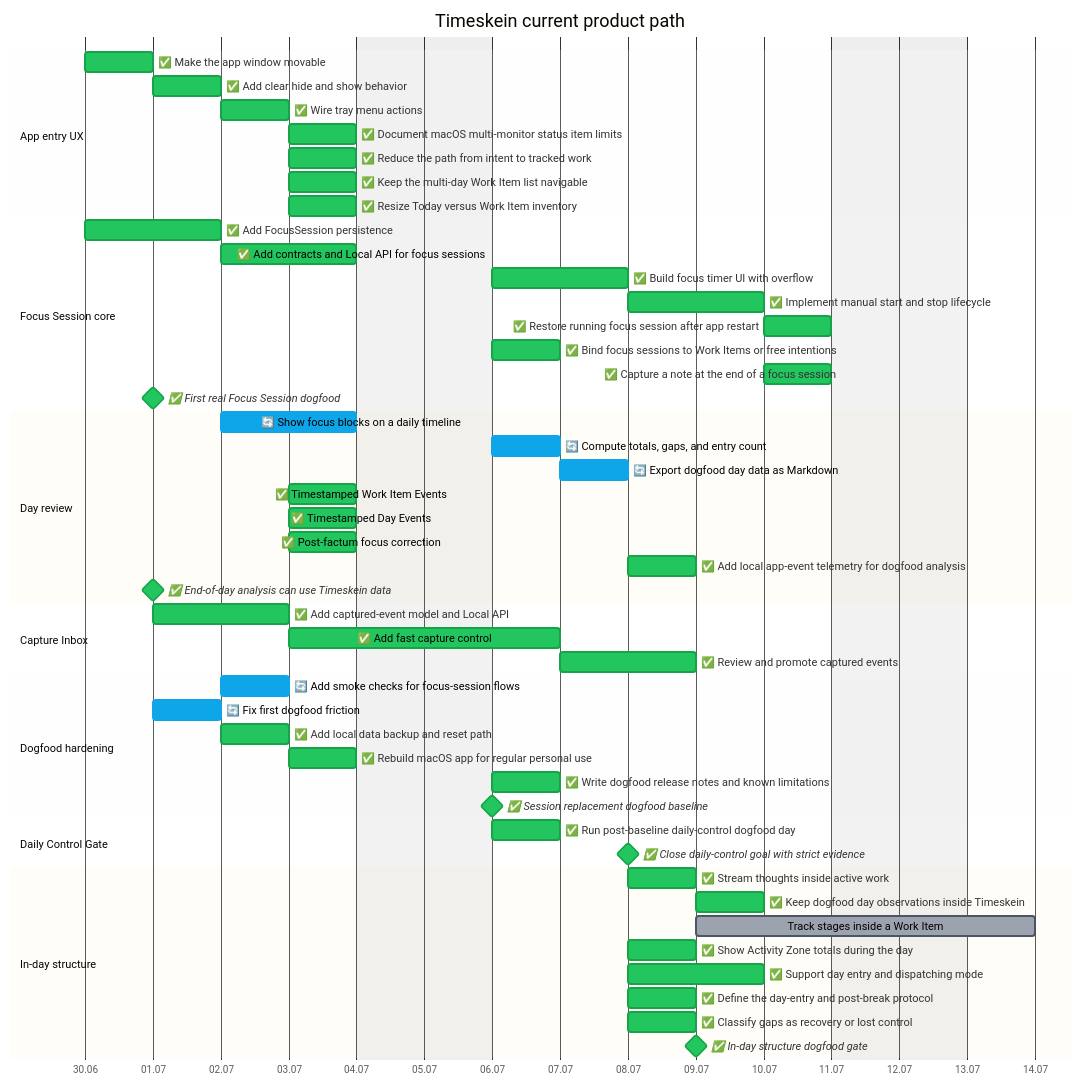
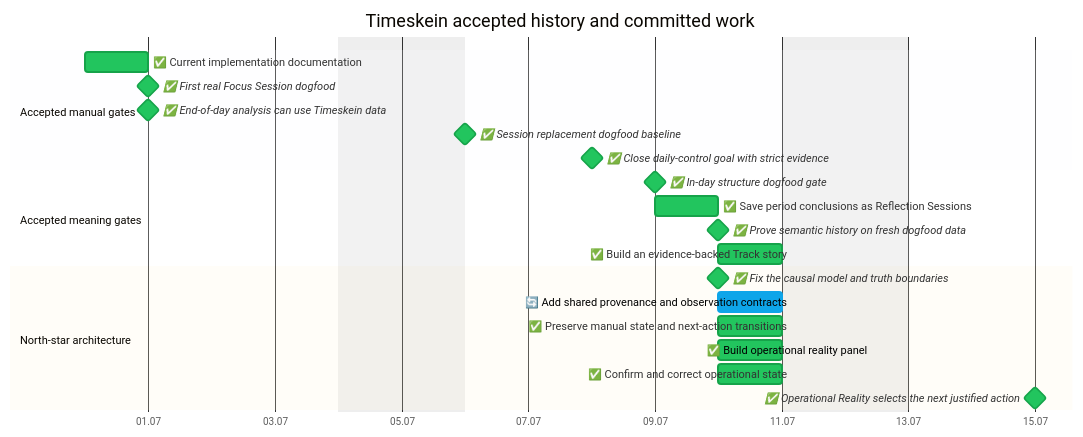
Before and after one commit to asukhodko/timeskein: the second of 2 diagrams in docs/roadmap/opskarta.md, drawn with Mermaid. The commit also changed other lines of this file and 109 other files, not shown here.

Commit message:
feat: add causal work memory and operational reality

````diff
--- a/docs/roadmap/opskarta.md
+++ b/docs/roadmap/opskarta.md
@@ -110,59 +166,28 @@
 ```mermaid
 %%{init: {"theme": "base", "themeVariables": {"taskBkgColor": "#9ca3af", "taskBorderColor": "#4b5563", "taskTextColor": "#000000", "taskTextDarkColor": "#000000", "taskTextLightColor": "#000000", "activeTaskBkgColor": "#0ea5e9", "activeTaskBorderColor": "#0ea5e9", "doneTaskBkgColor": "#22c55e", "doneTaskBorderColor": "#16a34a", "critBkgColor": "#fecaca", "critBorderColor": "#fecaca", "todayLineColor": "#ef4444"}} }%%
 
 gantt
-    title Timeskein current product path
+    title Timeskein accepted history and committed work
     dateFormat YYYY-MM-DD
     axisFormat %d.%m
     excludes weekends
 
-    section App entry UX
-    ✅ Make the app window movable  :done, ts_ux_entry_window_drag,    2026-06-30, 1d
-    ✅ Add clear hide and show behavior  :done, ts_ux_entry_hide_toggle,    2026-07-01, 1d
-    ✅ Wire tray menu actions  :done, ts_ux_entry_tray_actions,    2026-07-02, 1d
-    ✅ Document macOS multi-monitor status item limits  :done, ts_ux_entry_monitor_policy,    2026-07-03, 1d
-    ✅ Reduce the path from intent to tracked work  :done, ts_ux_entry_fast_track_flow,    2026-07-03, 1d
-    ✅ Keep the multi-day Work Item list navigable  :done, ts_ux_entry_inventory_modes,    2026-07-03, 1d
-    ✅ Resize Today versus Work Item inventory  :done, ts_ux_entry_resizable_today_split,    2026-07-03, 1d
-    section Focus Session core
-    ✅ Add FocusSession persistence  :done, ts_focus_core_model_migrations,    2026-06-30, 2d
-    ✅ Add contracts and Local API for focus sessions  :done, ts_focus_core_contracts_api,    2026-07-02, 2d
-    ✅ Build focus timer UI with overflow  :done, ts_focus_core_timer_ui,    2026-07-06, 2d
-    ✅ Implement manual start and stop lifecycle  :done, ts_focus_core_session_lifecycle,    2026-07-08, 2d
-    ✅ Restore running focus session after app restart  :done, ts_focus_core_restart_restore,    2026-07-10, 1d
-    ✅ Bind focus sessions to Work Items or free intentions  :done, ts_focus_core_work_item_binding,    2026-07-06, 1d
-    ✅ Capture a note at the end of a focus session  :done, ts_focus_core_session_notes,    2026-07-10, 1d
+    section Accepted manual gates
+    ✅ Current implementation documentation  :done, ts_baseline_docs,    2026-06-30, 1d
     ✅ First real Focus Session dogfood  :milestone, done, ts_focus_core_dogfood_gate,    2026-07-01, 0d
-    section Day review
-    🔄 Show focus blocks on a daily timeline  :active, ts_day_review_timeline,    2026-07-02, 2d
-    🔄 Compute totals, gaps, and entry count  :active, ts_day_review_totals_gaps,    2026-07-06, 1d
-    🔄 Export dogfood day data as Markdown  :active, ts_day_review_export,    2026-07-07, 1d
-    ✅ Timestamped Work Item Events  :done, ts_day_review_work_item_events,    2026-07-03, 1d
-    ✅ Timestamped Day Events  :done, ts_day_review_day_events,    2026-07-03, 1d
-    ✅ Post-factum focus correction  :done, ts_day_review_corrections,    2026-07-03, 1d
-    ✅ Add local app-event telemetry for dogfood analysis  :done, ts_day_review_app_telemetry,    2026-07-08, 1d
     ✅ End-of-day analysis can use Timeskein data  :milestone, done, ts_day_review_analysis_gate,    2026-07-01, 0d
-    section Capture Inbox
-    ✅ Add captured-event model and Local API  :done, ts_capture_model_api,    2026-07-01, 2d
-    ✅ Add fast capture control  :done, ts_capture_quick_ui,    2026-07-03, 2d
-    ✅ Review and promote captured events  :done, ts_capture_review_flow,    2026-07-07, 2d
-    section Dogfood hardening
-    🔄 Add smoke checks for focus-session flows  :active, ts_hardening_smoke,    2026-07-02, 1d
-    🔄 Fix first dogfood friction  :active, ts_hardening_post_dogfood_friction,    2026-07-01, 1d
-    ✅ Add local data backup and reset path  :done, ts_hardening_backup_reset,    2026-07-02, 1d
-    ✅ Rebuild macOS app for regular personal use  :done, ts_hardening_package_app,    2026-07-03, 1d
-    ✅ Write dogfood release notes and known limitations  :done, ts_hardening_release_notes,    2026-07-06, 1d
     ✅ Session replacement dogfood baseline  :milestone, done, ts_hardening_dogfood_release,    2026-07-06, 0d
-    section Daily Control Gate
-    ✅ Run post-baseline daily-control dogfood day  :done, ts_daily_control_real_day,    2026-07-06, 1d
     ✅ Close daily-control goal with strict evidence  :milestone, done, ts_daily_control_goal_check,    2026-07-08, 0d
-    section In-day structure
-    ✅ Stream thoughts inside active work  :done, ts_in_day_structure_active_work_journal,    2026-07-08, 1d
-    ✅ Keep dogfood day observations inside Timeskein  :done, ts_in_day_structure_day_observation_log,    2026-07-09, 1d
-    Track stages inside a Work Item  :ts_in_day_structure_work_item_stages,    2026-07-09, 3d
-    ✅ Show Activity Zone totals during the day  :done, ts_in_day_structure_zone_dashboard,    2026-07-08, 1d
-    ✅ Support day entry and dispatching mode  :done, ts_in_day_structure_dispatch_mode,    2026-07-08, 2d
-    ✅ Define the day-entry and post-break protocol  :done, ts_in_day_structure_entry_protocol,    2026-07-08, 1d
-    ✅ Classify gaps as recovery or lost control  :done, ts_in_day_structure_gap_recovery_classification,    2026-07-08, 1d
+    section Accepted meaning gates
     ✅ In-day structure dogfood gate  :milestone, done, ts_in_day_structure_dogfood_gate,    2026-07-09, 0d
+    ✅ Save period conclusions as Reflection Sessions  :done, ts_periodic_reflection_reflection_sessions,    2026-07-09, 1d
+    ✅ Prove semantic history on fresh dogfood data  :milestone, done, ts_periodic_reflection_semantic_dogfood_gate,    2026-07-10, 0d
+    ✅ Build an evidence-backed Track story  :done, ts_periodic_reflection_context_links,    2026-07-10, 1d
+    section North-star architecture
+    ✅ Fix the causal model and truth boundaries  :milestone, done, ts_causal_memory_architecture_gate,    2026-07-10, 0d
+    🔄 Add shared provenance and observation contracts  :active, ts_causal_memory_provenance_contract,    2026-07-10, 1d
+    ✅ Preserve manual state and next-action transitions  :done, ts_causal_memory_transition_history,    2026-07-10, 1d
+    ✅ Build operational reality panel  :done, ts_periodic_reflection_operational_reality,    2026-07-10, 1d
+    ✅ Confirm and correct operational state  :done, ts_steering_manual_correction,    2026-07-10, 1d
+    ✅ Operational Reality selects the next justified action  :milestone, done, ts_steering_operational_reality_gate,    2026-07-15, 0d
 ```
````
